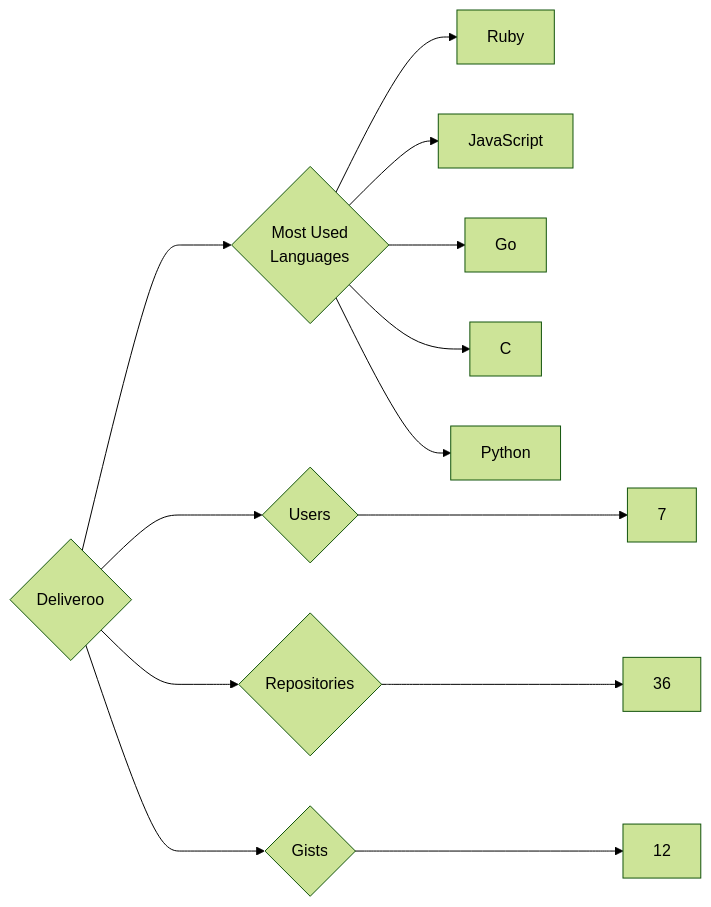
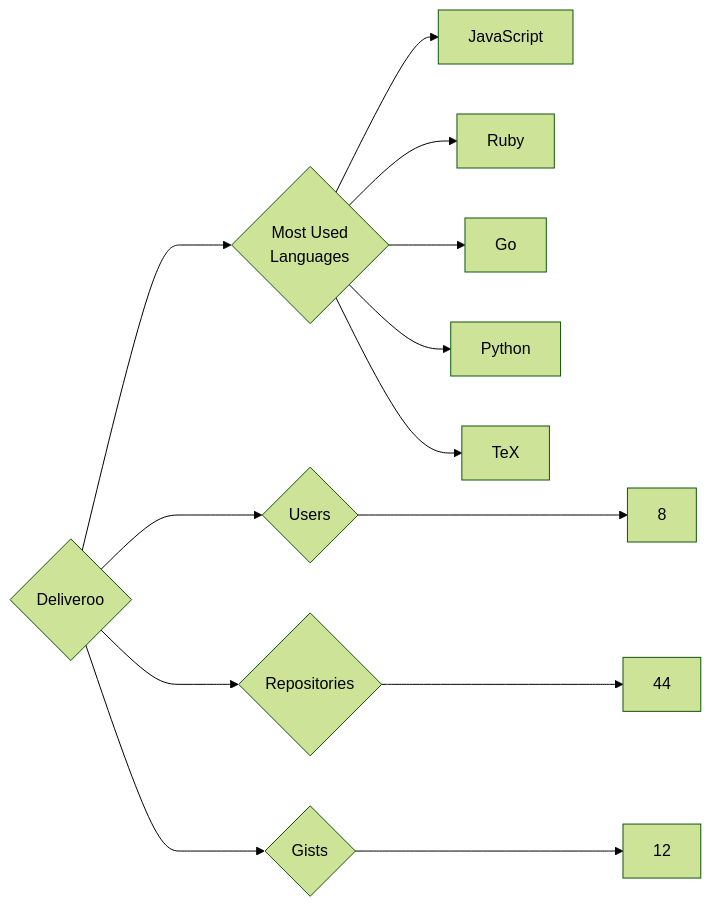
Before and after one commit to trickest/insiders: the diagram in targets/Deliveroo/README.md, drawn with Mermaid (forest theme). The commit also changed 1088 other files, not shown here.

````diff
--- a/targets/Deliveroo/README.md
+++ b/targets/Deliveroo/README.md
@@ -3,13 +3,13 @@
 ```mermaid
 graph LR
 COMPANY_NAME{Deliveroo}
-COMPANY_NAME ---> U{Users} ---> UN[7]
-COMPANY_NAME ---> R{Repositories} ---> RN[36]
+COMPANY_NAME ---> U{Users} ---> UN[8]
+COMPANY_NAME ---> R{Repositories} ---> RN[44]
 COMPANY_NAME ---> G{Gists} ---> GN[12]
 COMPANY_NAME ---> ML{Most Used<br>Languages}
+ML --> JavaScript[JavaScript]
 ML --> Ruby[Ruby]
-ML --> JavaScript[JavaScript]
 ML --> Go[Go]
-ML --> C[C]
 ML --> Python[Python]
+ML --> TeX[TeX]
 ```
````
